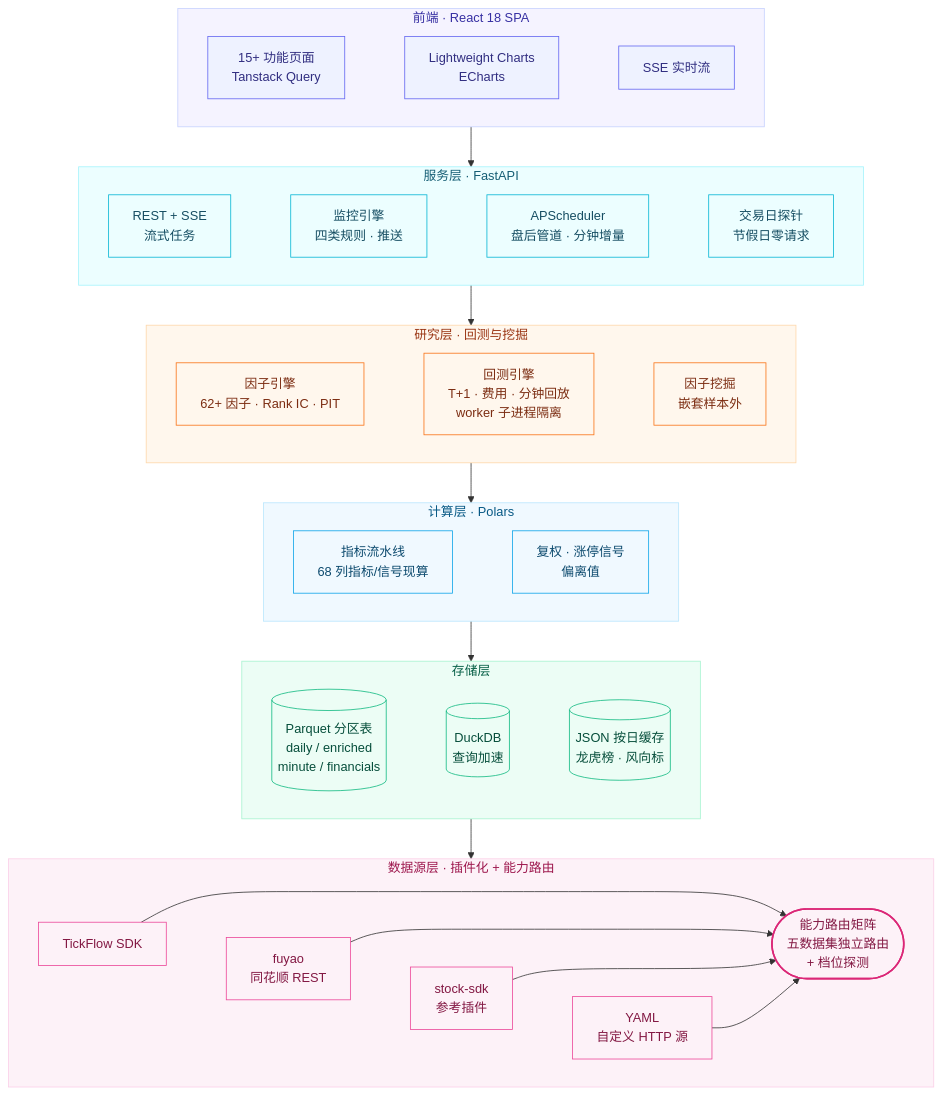
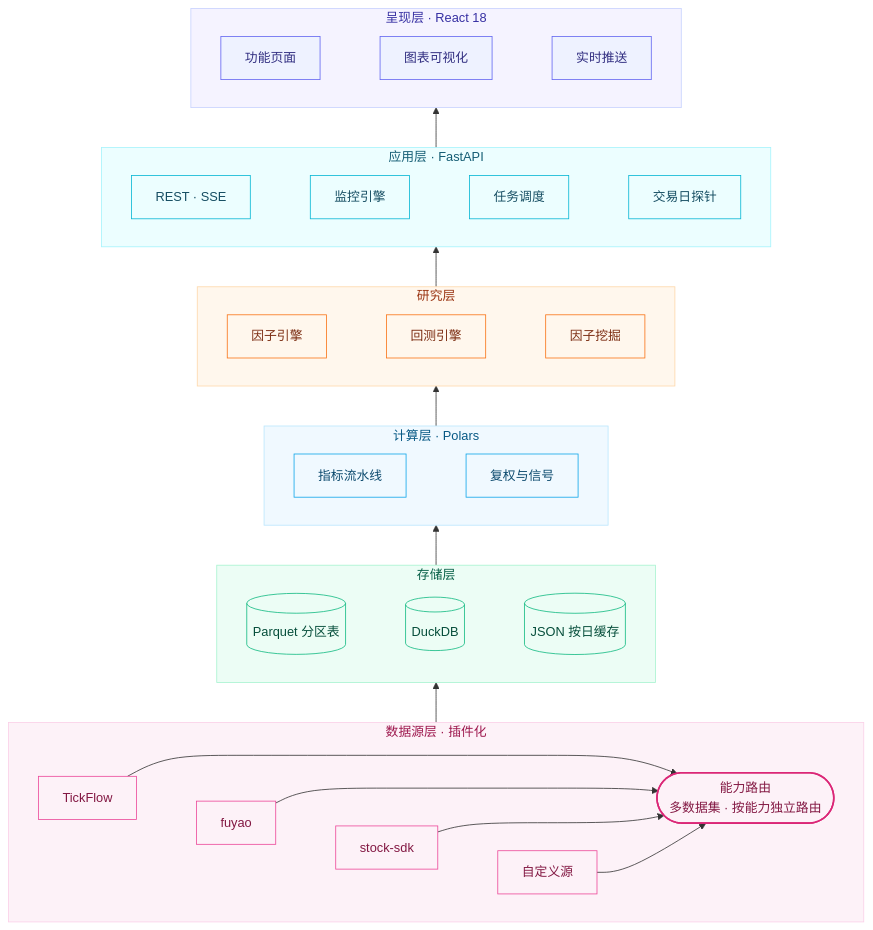
The diagram in README.md (kevin9327/tick-stock-panel), drawn with Mermaid before and after one commit. The commit also changed other lines of this file and 1 other file, not shown here.

Commit message:
docs(readme): 架构图重排为数据向上流的精简分层, 数据集口径改为多数据集
- flowchart BT: 数据源自下而上流向前端, 修正箭头方向歧义
- 节点标签精简为专业短词, 细节保留在关键机制表
- 能力路由不再写死数量(现 6 个数据集, 注册表持续扩展):
  图内改「多数据集 · 按能力独立路由」, 正文/核心功能表/features.md 同步
- 浏览器实测: 779×1045, 六层序 呈现→应用→研究→计算→存储→数据源

````diff
--- a/README.md
+++ b/README.md
@@ -148,81 +148,68 @@
 ```mermaid
-flowchart TB
-    subgraph FE["前端 · React 18 SPA"]
+flowchart BT
+    subgraph DATA["数据源层 · 插件化"]
         direction LR
-        FE1["15+ 功能页面<br/>Tanstack Query"]
-        FE2["Lightweight Charts<br/>ECharts"]
-        FE3["SSE 实时流"]
-        FE1 ~~~ FE2 ~~~ FE3
+        D1["TickFlow"] --> R(["能力路由<br/>多数据集 · 按能力独立路由"])
+        D2["fuyao"] --> R
+        D3["stock-sdk"] --> R
+        D4["自定义源"] --> R
+        D1 ~~~ D2 ~~~ D3 ~~~ D4
     end
 
-    subgraph SVC["服务层 · FastAPI"]
+    subgraph STORE["存储层"]
         direction LR
-        SVC1["REST + SSE<br/>流式任务"]
-        SVC2["监控引擎<br/>四类规则 · 推送"]
-        SVC3["APScheduler<br/>盘后管道 · 分钟增量"]
-        SVC4["交易日探针<br/>节假日零请求"]
-        SVC1 ~~~ SVC2 ~~~ SVC3 ~~~ SVC4
-    end
-
-    subgraph RES["研究层 · 回测与挖掘"]
-        direction LR
-        RES1["因子引擎<br/>62+ 因子 · Rank IC · PIT"]
-        RES2["回测引擎<br/>T+1 · 费用 · 分钟回放<br/>worker 子进程隔离"]
-        RES3["因子挖掘<br/>嵌套样本外"]
-        RES1 ~~~ RES2 ~~~ RES3
+        ST1[("Parquet 分区表")]
+        ST2[("DuckDB")]
+        ST3[("JSON 按日缓存")]
+        ST1 ~~~ ST2 ~~~ ST3
     end
 
     subgraph CALC["计算层 · Polars"]
         direction LR
-        CALC1["指标流水线<br/>68 列指标/信号现算"]
-        CALC2["复权 · 涨停信号<br/>偏离值"]
-        CALC1 ~~~ CALC2
+        C1["指标流水线"] ~~~ C2["复权与信号"]
     end
 
-    subgraph STORE["存储层"]
+    subgraph RES["研究层"]
         direction LR
-        ST1[("Parquet 分区表<br/>daily / enriched<br/>minute / financials")]
-        ST2[("DuckDB<br/>查询加速")]
-        ST3[("JSON 按日缓存<br/>龙虎榜 · 风向标")]
-        ST1 ~~~ ST2 ~~~ ST3
+        G1["因子引擎"] ~~~ G2["回测引擎"] ~~~ G3["因子挖掘"]
     end
 
-    subgraph DATA["数据源层 · 插件化 + 能力路由"]
+    subgraph SVC["应用层 · FastAPI"]
         direction LR
-        D1["TickFlow SDK"] --> R
-        D2["fuyao<br/>同花顺 REST"] --> R
-        D3["stock-sdk<br/>参考插件"] --> R
-        D4["YAML<br/>自定义 HTTP 源"] --> R
-        R(["能力路由矩阵<br/>五数据集独立路由<br/>+ 档位探测"])
-        D1 ~~~ D2 ~~~ D3 ~~~ D4
+        S1["REST · SSE"] ~~~ S2["监控引擎"] ~~~ S3["任务调度"] ~~~ S4["交易日探针"]
     end
 
-    FE --> SVC
-    SVC --> RES
-    RES --> CALC
-    CALC --> STORE
-    STORE --> DATA
+    subgraph FE["呈现层 · React 18"]
+        direction LR
+        F1["功能页面"] ~~~ F2["图表可视化"] ~~~ F3["实时推送"]
+    end
+
+    DATA --> STORE
+    STORE --> CALC
+    CALC --> RES
+    RES --> SVC
+    SVC --> FE
 
     classDef fe fill:#eef2ff,stroke:#6366f1,color:#312e81
     classDef svc fill:#ecfeff,stroke:#06b6d4,color:#164e63
     classDef res fill:#fff7ed,stroke:#f97316,color:#7c2d12
     classDef calc fill:#f0f9ff,stroke:#0ea5e9,color:#0c4a6e
     classDef store fill:#ecfdf5,stroke:#10b981,color:#064e3b
     classDef data fill:#fdf2f8,stroke:#ec4899,color:#831843
     classDef route fill:#fdf2f8,stroke:#db2777,color:#831843,stroke-width:2px
 
-    class FE1,FE2,FE3 fe
-    class SVC1,SVC2,SVC3,SVC4 svc
-    class RES1,RES2,RES3 res
-    class CALC1,CALC2 calc
+    class F1,F2,F3 fe
+    class S1,S2,S3,S4 svc
+    class G1,G2,G3 res
+    class C1,C2 calc
     class ST1,ST2,ST3 store
     class D1,D2,D3,D4 data
     class R route
 
     style FE fill:#f5f3ff,stroke:#c7d2fe,color:#3730a3
     style SVC fill:#ecfeff,stroke:#a5f3fc,color:#155e75
     style RES fill:#fff7ed,stroke:#fed7aa,color:#9a3412
     style CALC fill:#f0f9ff,stroke:#bae6fd,color:#075985
     style STORE fill:#ecfdf5,stroke:#a7f3d0,color:#065f46
     style DATA fill:#fdf2f8,stroke:#fbcfe8,color:#9d174d
 ```
````
